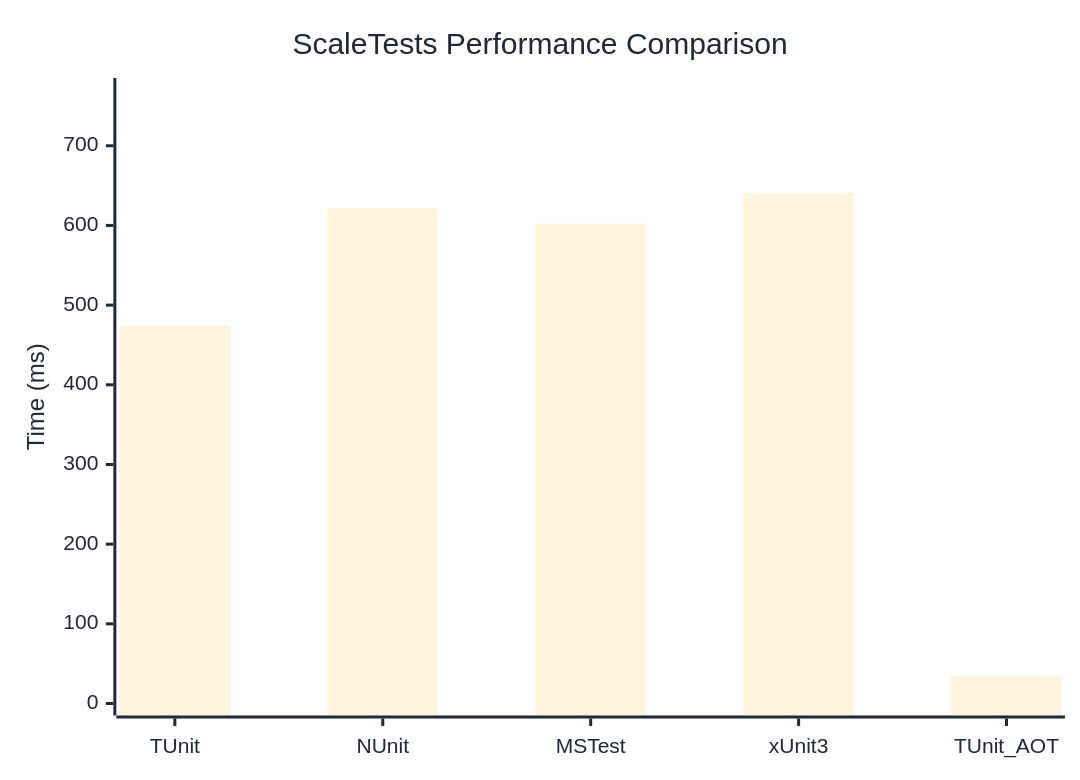
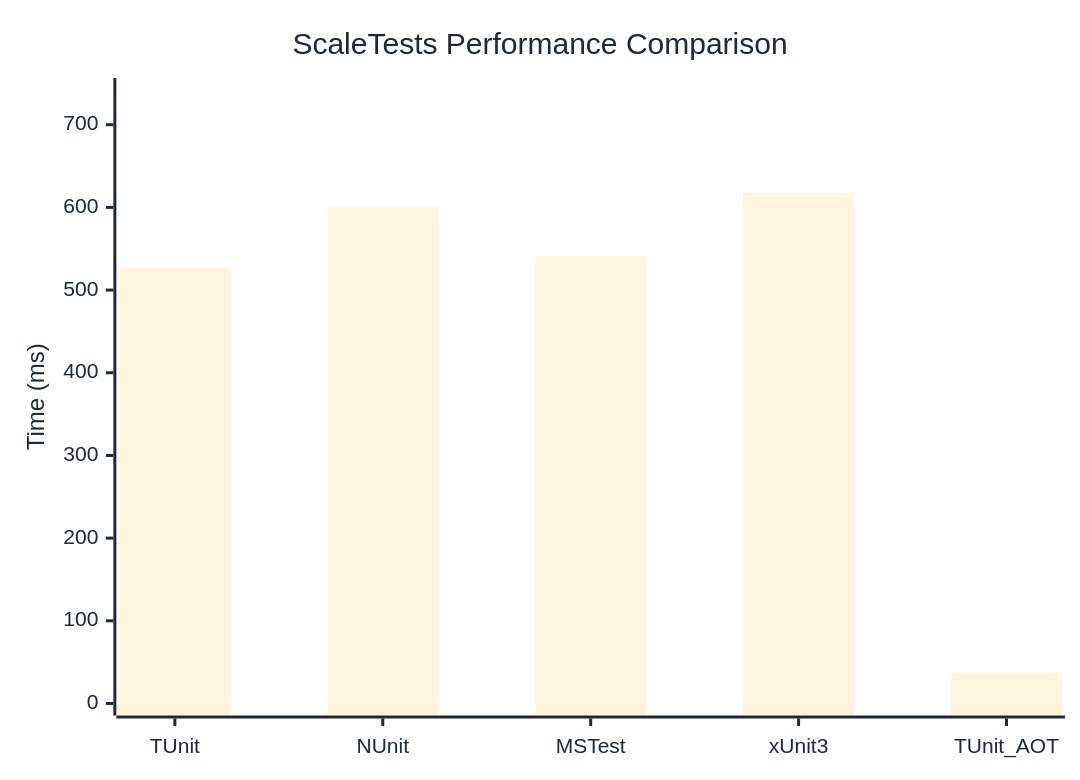
Before and after one commit to weiyilai/TUnit: the diagram in docs/docs/benchmarks/ScaleTests.md, drawn with Mermaid. The commit also changed other lines of this file and 16 other files, not shown here.

````diff
--- a/docs/docs/benchmarks/ScaleTests.md
+++ b/docs/docs/benchmarks/ScaleTests.md
@@ -27,37 +27,37 @@
 ```mermaid
 %%{init: {
   'theme':'base',
   'themeVariables': {
     'primaryColor': '#2563eb',
     'primaryTextColor': '#1f2937',
     'primaryBorderColor': '#1e40af',
     'lineColor': '#6b7280',
     'secondaryColor': '#7c3aed',
     'tertiaryColor': '#dc2626',
     'background': '#ffffff',
     'mainBkg': '#2563eb',
     'secondBkg': '#7c3aed',
     'tertiaryBkg': '#dc2626',
     'clusterBkg': '#f3f4f6',
     'edgeLabelBackground': '#ffffff',
     'tertiaryTextColor': '#1f2937',
     'pie1': '#2563eb',
     'pie2': '#7c3aed',
     'pie3': '#dc2626',
     'pie4': '#f59e0b',
     'pie5': '#10b981',
     'pie6': '#06b6d4',
     'pie7': '#ec4899',
     'pie8': '#6366f1',
     'pie9': '#84cc16',
     'pie10': '#f97316',
     'pie11': '#14b8a6',
     'pie12': '#a855f7'
   }
 }}%%
 xychart-beta
   title "ScaleTests Performance Comparison"
   x-axis ["TUnit", "NUnit", "MSTest", "xUnit3", "TUnit_AOT"]
-  y-axis "Time (ms)" 0 --> 770
-  bar [474.79, 621.37, 602.34, 640.87, 34.2]
+  y-axis "Time (ms)" 0 --> 742
+  bar [526.99, 600.02, 541.11, 617.72, 37.6]
 ```
````
